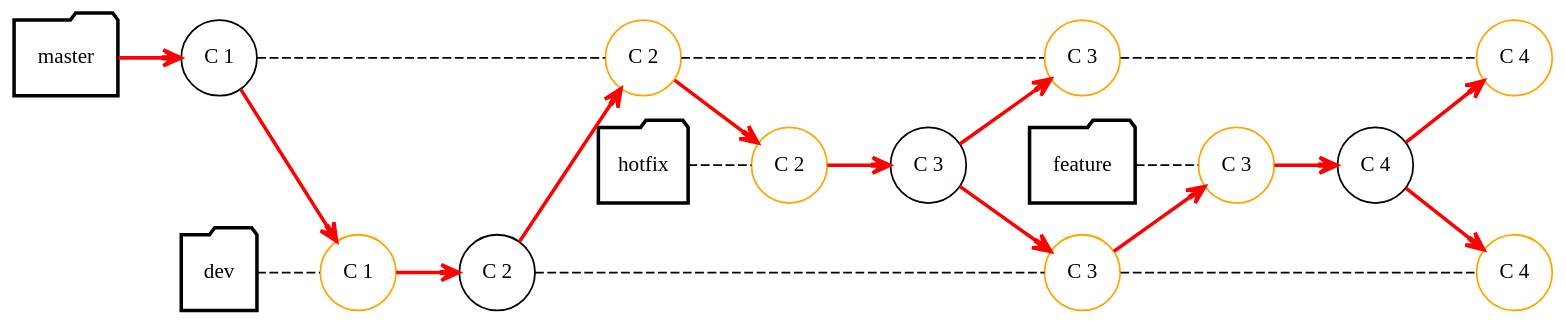
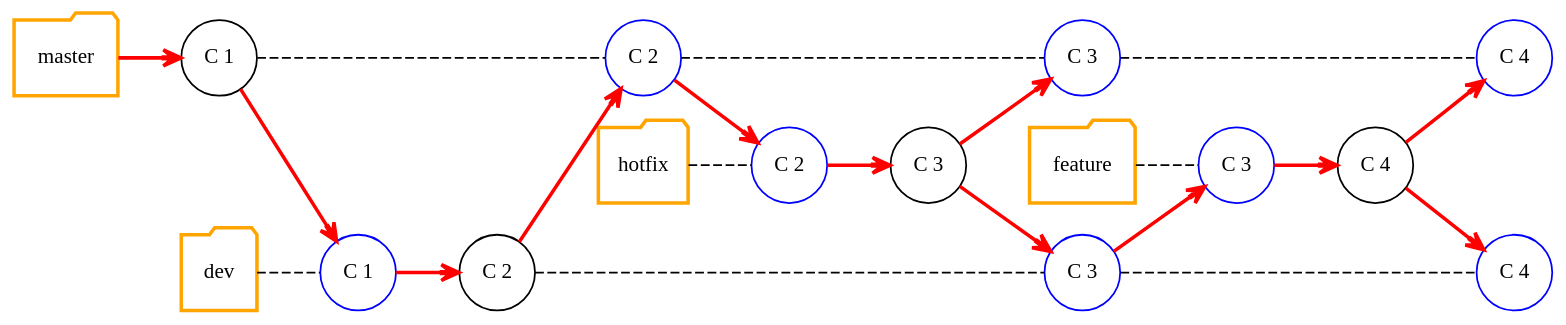
Before and after one commit to Gepardec/git-training: the diagram in slides/intro/src/docs/asciidoc/graphviz/git-branch-model.dot, drawn with Graphviz. The commit also changed 10 other files, not shown here.

Commit message:
- Little changes in existing raphs (coloring) - Added new graphs for git merge conflict, fast fwd merge. - Further dev on presentation

```diff
--- a/slides/intro/src/docs/asciidoc/graphviz/git-branch-model.dot
+++ b/slides/intro/src/docs/asciidoc/graphviz/git-branch-model.dot
@@ -1,77 +1,77 @@
 digraph git_branch_model {
   splines=line
   rankdir="LR"
   bgcolor="transparent"
 
   /* Global Node/Edge config */
   edge[weight=2,arrowhead=open]
 
   /* Nodes representing the branches */
-  node[width=0.6,height=0.6, fontsize=12.0,style="bold", shape=folder]
+  node[width=0.6,height=0.6, fontsize=12.0,style="bold", shape=folder, color=orange]
   master [group="master"]
   dev [group="dev"]
   hotfix [group="hotfix"]
   feature [group="feature"]
 
   /* Nodes representing commit */
-  node[width=0.6,height=0.6, fontsize=12.0,style="",shape=circle]
+  node[width=0.6,height=0.6, fontsize=12.0,style="",shape=circle, color=""]
   C_1[label="C 1", group="master"]
   C_2[label="C 2", group="dev"]
   C_3[label="C 3", group="hotfix"]
   C_4[label="C 4", group="feature"]
 
   /* Nodes representing pointer */
-  node[color="orange"]
+  node[color="blue"]
   C_2_M [label="C 2", group="master"]
   C_3_M [label="C 3", group="master"]
   C_1_D [label="C 1", group="dev"]
   C_3_D [label="C 3", group="dev"]
   C_2_H [label="C 2", group="hotfix"]
   C_3_F [label="C 3", group="feature"]
   C_4_D [label="C 4", group="dev"]
   C_4_M [label="C 4", group="master"]
 
   /* Connect hidden branch name nodes
   master -> dev -> hotfix -> feature  [style="invis"] */
 
   edge[arrowhead=none, style="dashed"]
   /* Define master branch commits */
   master -> C_1 [arrowhead=open, color="red", style="bold"]
   C_1 -> C_2_M [arrowhead=none, style="dashed"]
   C_2_M -> C_3_M
   C_3_M -> C_4_M
 
   /* Define dev branch commits */
   dev -> C_1_D
   C_1_D -> C_2 [arrowhead=open, color="red", style="bold"]
   C_2 -> C_3_D
   C_3_D -> C_4_D
 
   /* Define hotfix branch commits */
   hotfix -> C_2_H
   C_2_H -> C_3 [arrowhead=open, color="red", style="bold"]
 
   /* Define feature branch commits */
   feature -> C_3_F
   C_3_F -> C_4 [arrowhead=open, color="red", style="bold"]
 
   edge[color="red", arrowhead=open,  style="bold"]
   /* 1. inter branch commit */
   C_1 -> C_1_D
 
   /* 2. inter branch commit */
   C_2 -> C_2_M
 
   /* 3.  inter branch commit */
   C_2_M -> C_2_H
 
   /* 4.  inter branch commit */
   C_3 -> { C_3_D C_3_M }
 
   /* 5. inter branch commit */
   C_3_D -> C_3_F
 
   /* 5. inter branch commit */
   C_4 -> {C_4_D C_4_M}
 
 }
```
